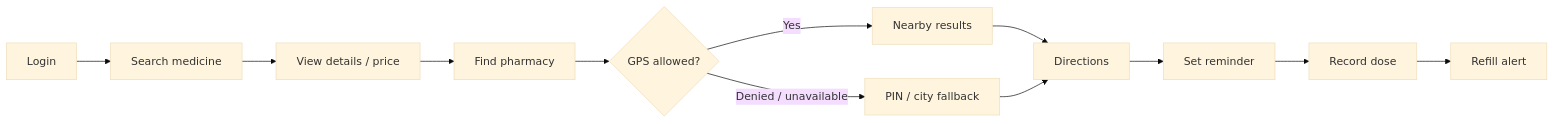
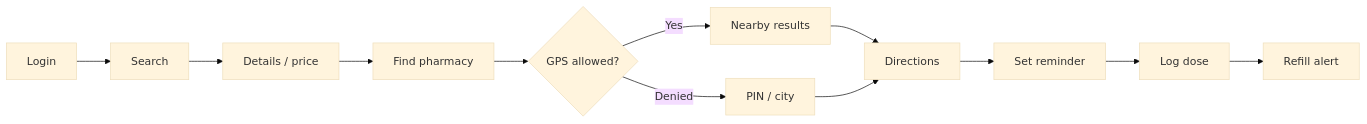
The third of 5 diagrams in README.md (ratnsharma21/MediFinder), drawn with Mermaid (base theme) before and after one commit. The commit also changed other lines of this file, not shown here.

````diff
--- a/README.md
+++ b/README.md
@@ -268,14 +346,14 @@
 ```mermaid
 flowchart LR
-  A["Login"] --> B["Search medicine"]
-  B --> C["View details / price"]
+  A["Login"] --> B["Search"]
+  B --> C["Details / price"]
   C --> D["Find pharmacy"]
   D --> E{"GPS allowed?"}
   E -->|Yes| F["Nearby results"]
-  E -->|Denied / unavailable| G["PIN / city fallback"]
+  E -->|Denied| G["PIN / city"]
   F --> H["Directions"]
   G --> H
   H --> I["Set reminder"]
-  I --> J["Record dose"]
+  I --> J["Log dose"]
   J --> K["Refill alert"]
 ```
````
